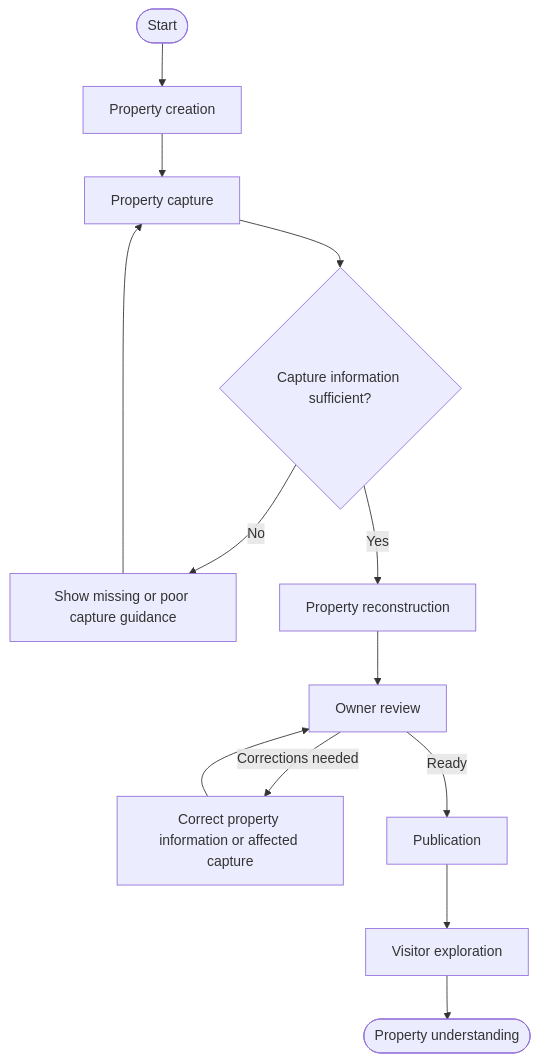
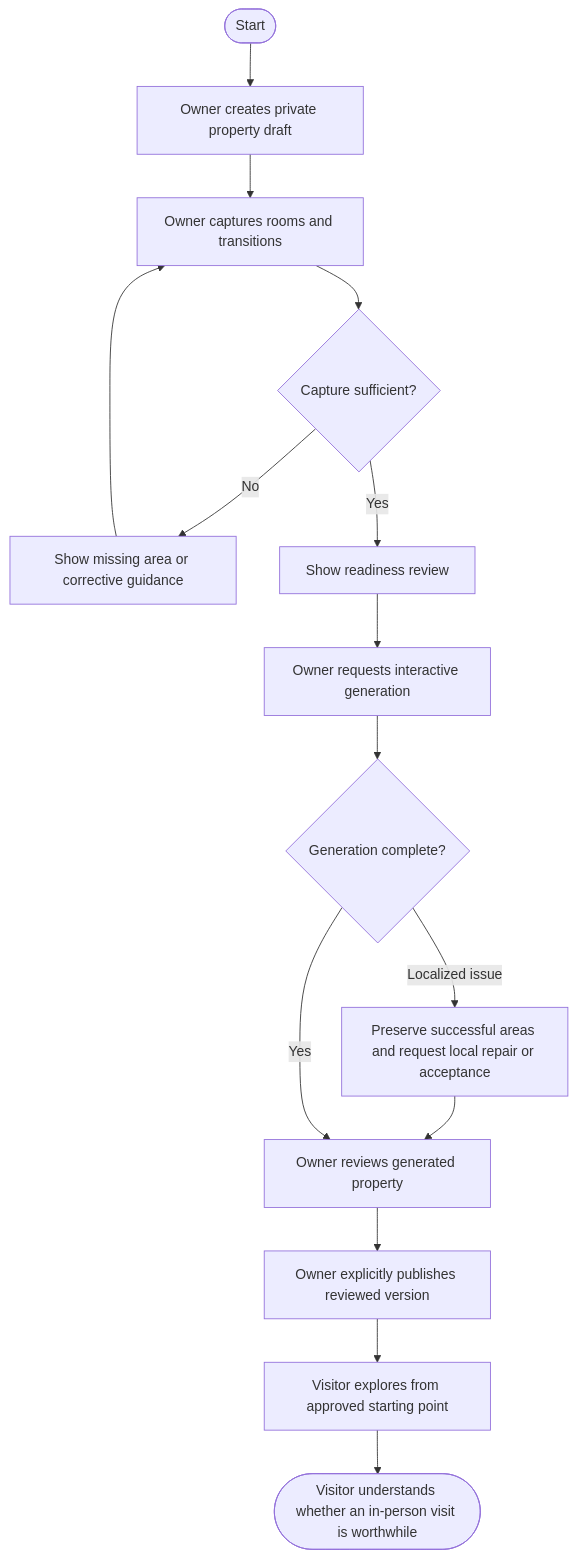
One commit to sanxzy/skills changed the first of 4 diagrams in planning/v2/proposal/examples/property-exploration.md. Above: the diagram before and after it, drawn with Mermaid. The commit also changed other lines of this file and 93 other files, not shown here.

````diff
--- a/planning/v2/proposal/examples/property-exploration.md
+++ b/planning/v2/proposal/examples/property-exploration.md
@@ -15,15 +91,17 @@
 ```mermaid
 flowchart TD
-    start([Start]) --> creation["Property creation"]
-    creation --> capture["Property capture"]
-    capture --> validation{"Capture information sufficient?"}
-    validation -->|No| guidance["Show missing or poor capture guidance"]
+    start([Start]) --> draft["Owner creates private property draft"]
+    draft --> capture["Owner captures rooms and transitions"]
+    capture --> validate{"Capture sufficient?"}
+    validate -->|No| guidance["Show missing area or corrective guidance"]
     guidance --> capture
-    validation -->|Yes| reconstruction["Property reconstruction"]
-    reconstruction --> review["Owner review"]
-    review -->|Corrections needed| correction["Correct property information or affected capture"]
-    correction --> review
-    review -->|Ready| publication["Publication"]
-    publication --> exploration["Visitor exploration"]
-    exploration --> understanding(["Property understanding"])
+    validate -->|Yes| ready["Show readiness review"]
+    ready --> process["Owner requests interactive generation"]
+    process --> result{"Generation complete?"}
+    result -->|Localized issue| repair["Preserve successful areas and request local repair or acceptance"]
+    repair --> review["Owner reviews generated property"]
+    result -->|Yes| review
+    review --> publish["Owner explicitly publishes reviewed version"]
+    publish --> explore["Visitor explores from approved starting point"]
+    explore --> understand([Visitor understands whether an in-person visit is worthwhile])
 ```
````
